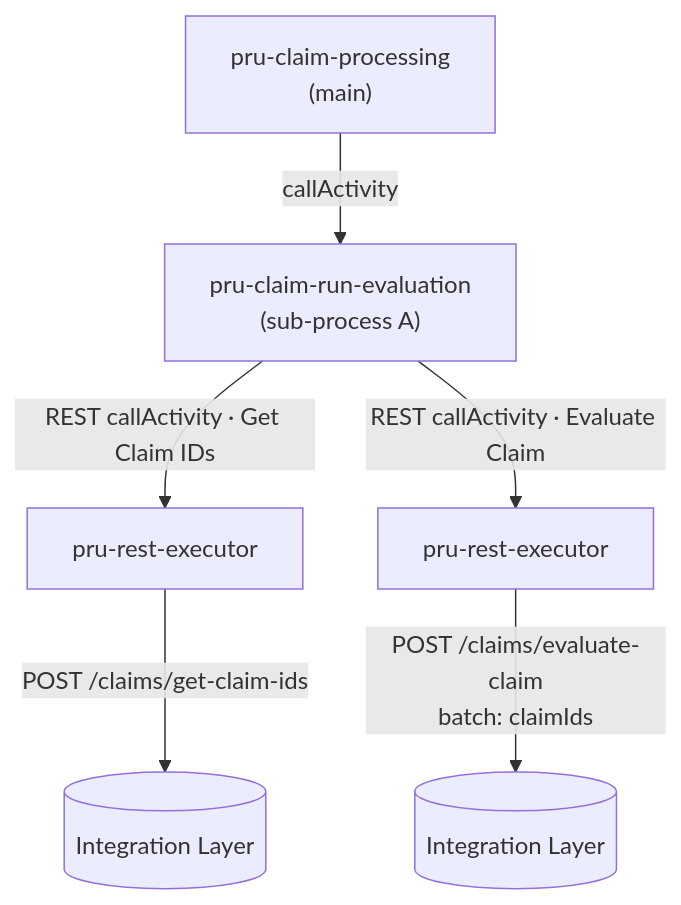
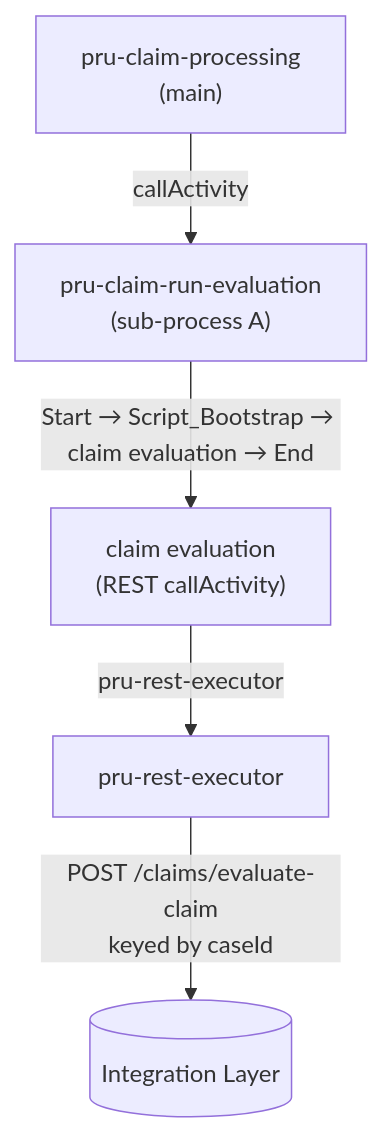
Before and after one commit to Avinashkumar8694/prudential-claims-bpm: the diagram in docs/pru_claim_evaluation_solution.md, drawn with Mermaid. The commit also changed other lines of this file and 3 other files, not shown here.

Commit message:
fix: pru-claim-run-evaluation updated with evaluation api

````diff
--- a/docs/pru_claim_evaluation_solution.md
+++ b/docs/pru_claim_evaluation_solution.md
@@ -18,8 +18,7 @@
 ```mermaid
 graph TD
     MAIN["pru-claim-processing<br/>(main)"] -->|callActivity| A["pru-claim-run-evaluation<br/>(sub-process A)"]
-    A -->|REST callActivity · Get Claim IDs| RX1["pru-rest-executor"]
-    RX1 -->|POST /claims/get-claim-ids| API1[(Integration Layer)]
-    A -->|REST callActivity · Evaluate Claim| RX2["pru-rest-executor"]
-    RX2 -->|POST /claims/evaluate-claim<br/>batch: claimIds| API2[(Integration Layer)]
+    A -->|Start → Script_Bootstrap → claim evaluation → End| CE["claim evaluation<br/>(REST callActivity)"]
+    CE -->|pru-rest-executor| RX["pru-rest-executor"]
+    RX -->|POST /claims/evaluate-claim<br/>keyed by caseId| API[(Integration Layer)]
 ```
````
